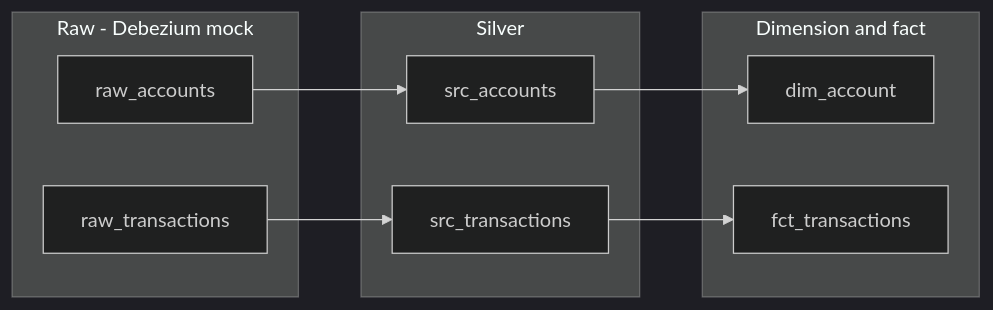
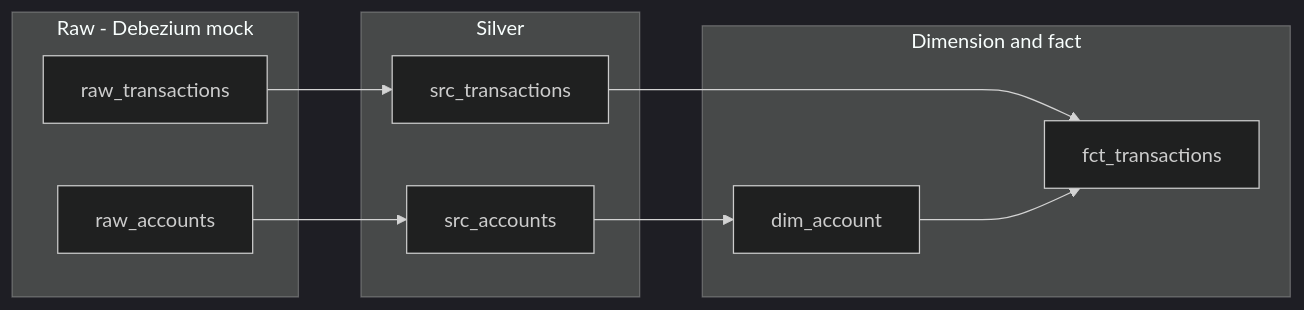
One commit to jbcodeforce/flink-studies changed the diagram in e2e-demos/cdc-tableapi-to-silver/README.md. Above: the diagram before and after it, drawn with Mermaid (dark theme). The commit also changed other lines of this file and 41 other files, not shown here.

````diff
--- a/e2e-demos/cdc-tableapi-to-silver/README.md
+++ b/e2e-demos/cdc-tableapi-to-silver/README.md
@@ -9,19 +9,20 @@
 ```mermaid
 flowchart LR
   subgraph raw [Raw - Debezium mock]
     raw_accounts[raw_accounts]
     raw_transactions[raw_transactions]
   end
   subgraph silver [Silver]
-    src_accounts[src_accounts]
-    src_transactions[src_transactions]
+    tp_src_accounts[src_accounts]
+    tp_src_transactions[src_transactions]
   end
   subgraph dim_fact [Dimension and fact]
-    dim_account[dim_account]
-    fct_transactions[fct_transactions]
+    tp_dim_account[dim_account]
+    tp_fct_transactions[fct_transactions]
   end
-  raw_accounts --> src_accounts
-  raw_transactions --> src_transactions
-  src_accounts --> dim_account
-  src_transactions --> fct_transactions
+  raw_accounts --> tp_src_accounts
+  raw_transactions --> tp_src_transactions
+  tp_src_accounts --> tp_dim_account
+  tp_src_transactions --> tp_fct_transactions
+  tp_dim_account ---> tp_fct_transactions
 ```
````
